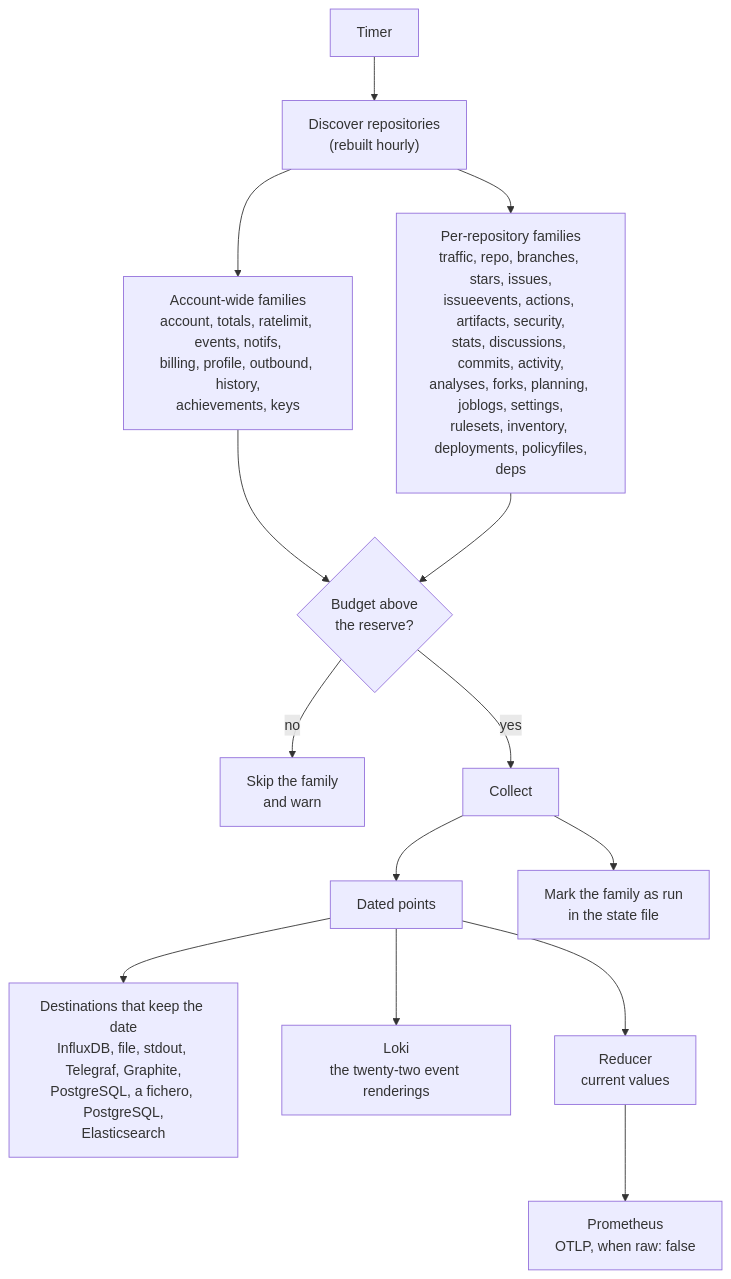
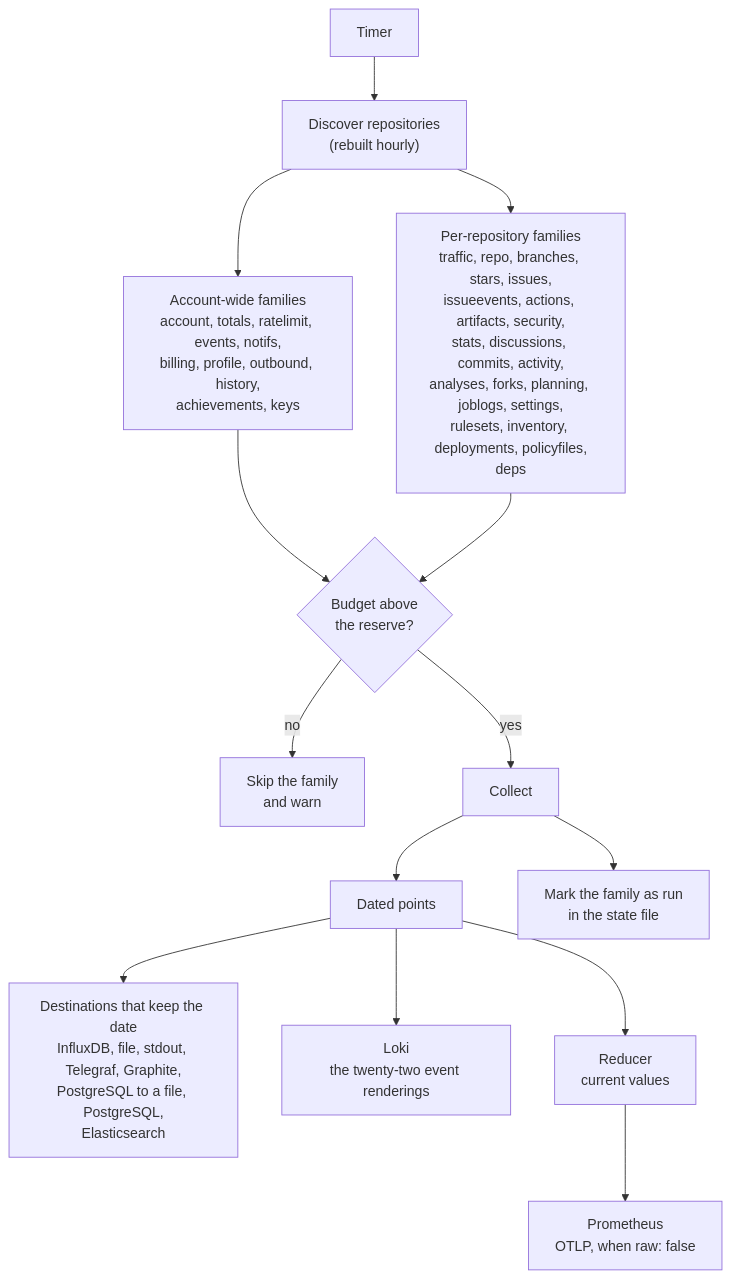
One commit to actions-marketplace-validations/jmrplens_ghchronicle changed the diagram in docs/how-it-works.md. Above: the diagram before and after it, drawn with Mermaid. The commit also changed other lines of this file and 147 other files, not shown here.

````diff
--- a/docs/how-it-works.md
+++ b/docs/how-it-works.md
@@ -18,17 +18,17 @@
 ```mermaid
 %% Generated by site/scripts/gen-figures.mjs from internal/config/config.go and internal/run/runner.go
 flowchart TD
     T["Timer"] --> D["Discover repositories<br/>(rebuilt hourly)"]
     D --> A["Account-wide families<br/>account, totals, ratelimit, events, notifs,<br/>billing, profile, outbound, history,<br/>achievements, keys"]
     D --> R["Per-repository families<br/>traffic, repo, branches, stars, issues,<br/>issueevents, actions, artifacts, security,<br/>stats, discussions, commits, activity,<br/>analyses, forks, planning, joblogs, settings,<br/>rulesets, inventory, deployments, policyfiles,<br/>deps"]
     A --> B{"Budget above<br/>the reserve?"}
     R --> B
     B -- "no" --> S["Skip the family<br/>and warn"]
     B -- "yes" --> C["Collect"]
     C --> P["Dated points"]
-    P --> H["Destinations that keep the date<br/>InfluxDB, file, stdout, Telegraf, Graphite,<br/>PostgreSQL, a fichero, PostgreSQL,<br/>Elasticsearch"]
+    P --> H["Destinations that keep the date<br/>InfluxDB, file, stdout, Telegraf, Graphite,<br/>PostgreSQL to a file, PostgreSQL,<br/>Elasticsearch"]
     P --> L["Loki<br/>the twenty-two event renderings"]
     P --> RD["Reducer<br/>current values"]
     RD --> G["Prometheus<br/>OTLP, when raw: false"]
     C --> M["Mark the family as run<br/>in the state file"]
 ```
````
